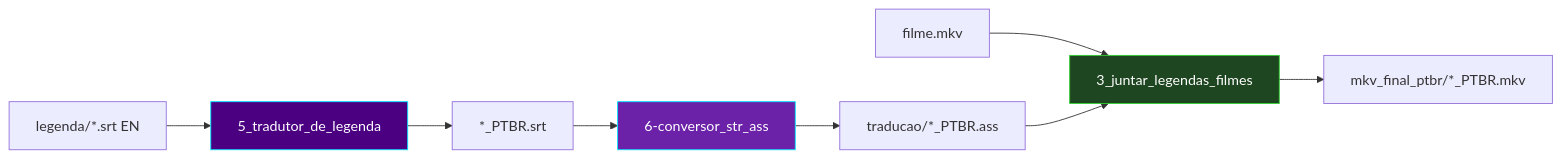
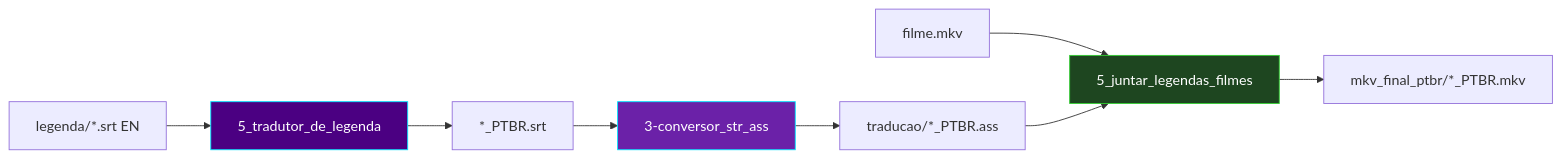
Before and after one commit to carmipa/projeto-tracker-animes-traducao: the second of 3 diagrams in docs/arquitetura.md, drawn with Mermaid. The commit also changed other lines of this file and 19 other files, not shown here.

````diff
--- a/docs/arquitetura.md
+++ b/docs/arquitetura.md
@@ -44,15 +44,15 @@
 ```mermaid
 flowchart LR
     SRT["legenda/*.srt EN"] --> P5["5_tradutor_de_legenda"]
     P5 --> SRTPT["*_PTBR.srt"]
-    SRTPT --> P6["6-conversor_str_ass"]
+    SRTPT --> P6["3-conversor_str_ass"]
     P6 --> ASS["traducao/*_PTBR.ass"]
 
-    MKV["filme.mkv"] --> P2["3_juntar_legendas_filmes"]
+    MKV["filme.mkv"] --> P2["5_juntar_legendas_filmes"]
     ASS --> P2
     P2 --> OUT["mkv_final_ptbr/*_PTBR.mkv"]
 
     style P5 fill:#4B0082,stroke:#00E5FF,color:#fff
     style P6 fill:#6b21a8,stroke:#00E5FF,color:#fff
     style P2 fill:#1e4620,stroke:#32CD32,color:#fff
 ```
````
